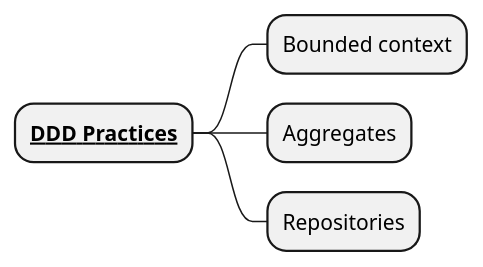
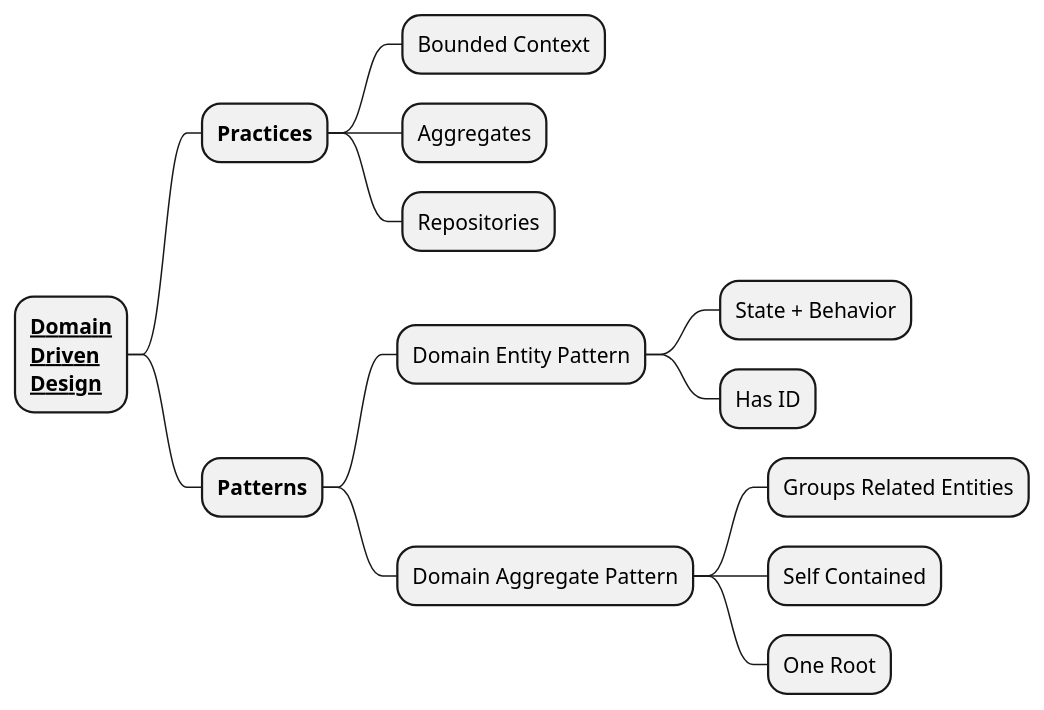
One commit to Piotr1215/microservices-architecture changed the diagram in resources/ddd-patterns.puml. Above: the diagram before and after it, drawn with PlantUML. The commit also changed 1 other file, not shown here.

```diff
--- a/resources/ddd-patterns.puml
+++ b/resources/ddd-patterns.puml
@@ -1,6 +1,20 @@
 @startmindmap DDD Patterns
-* __**DDD Practices**__
-** Bounded context
-** Aggregates
-** Repositories
+*:__**Domain**__
+__**Driven**__
+__**Design**__;
+
+** **Practices**
+*** Bounded Context
+*** Aggregates
+*** Repositories
+
+** **Patterns**
+*** Domain Entity Pattern
+**** State + Behavior
+**** Has ID
+
+*** Domain Aggregate Pattern
+**** Groups Related Entities
+**** Self Contained
+**** One Root
 @endmindmap
```
